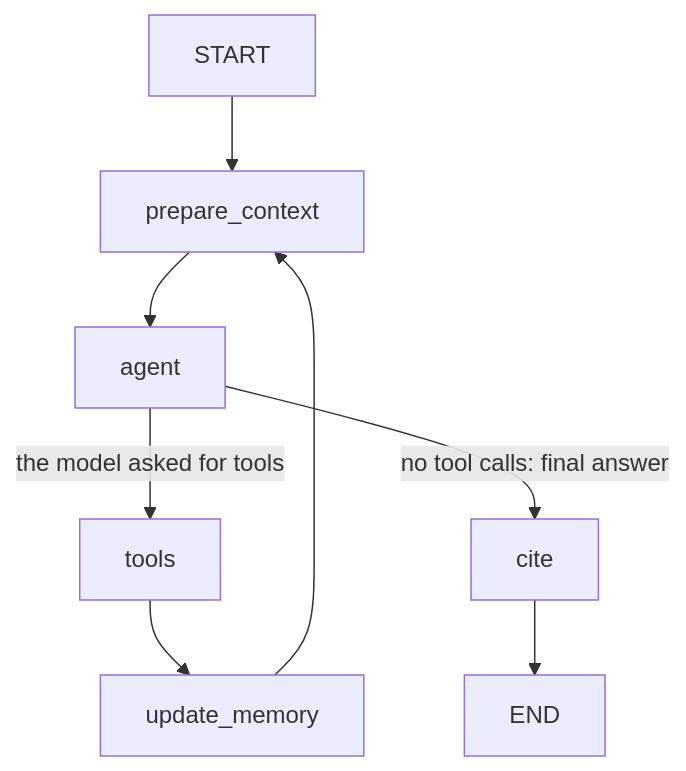
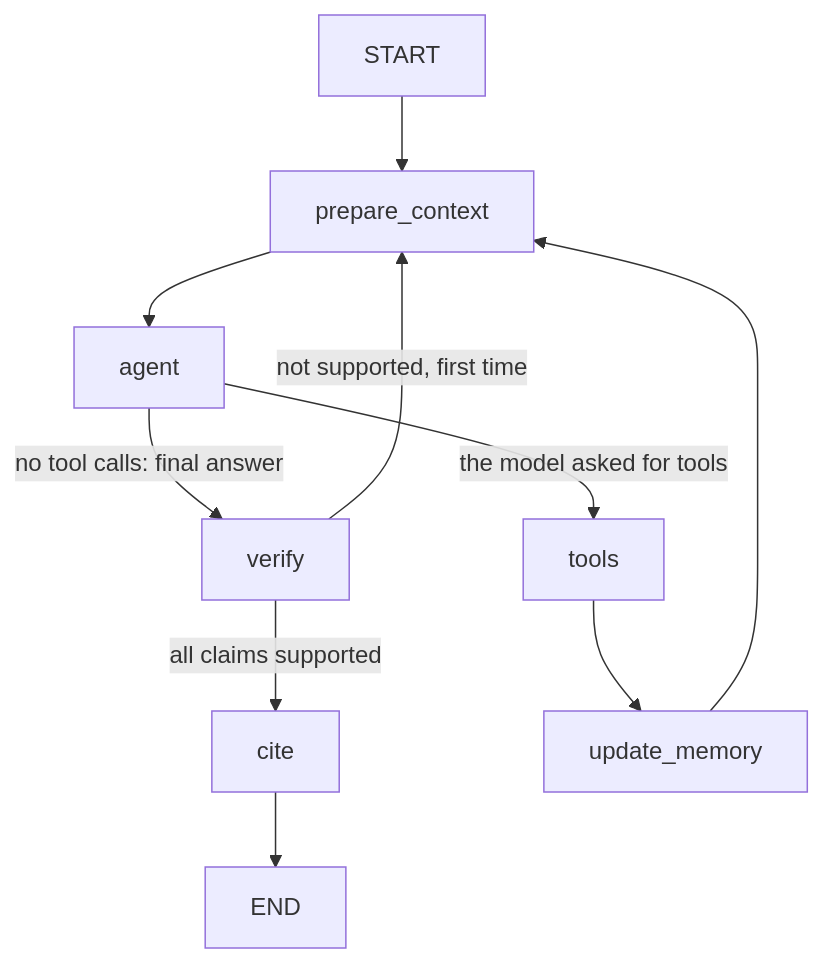
Before and after one commit to Oenarion/EO_agent: the diagram in README.md, drawn with Mermaid. The commit also changed other lines of this file and 24 other files, not shown here.

````diff
--- a/README.md
+++ b/README.md
@@ -101,10 +115,12 @@
 ```mermaid
 flowchart TD
     START --> prepare_context
     prepare_context --> agent
     agent -->|the model asked for tools| tools
-    agent -->|no tool calls: final answer| cite
+    agent -->|no tool calls: final answer| verify
+    verify -->|all claims supported| cite
+    verify -->|not supported, first time| prepare_context
     cite --> END
     tools --> update_memory
     update_memory --> prepare_context
 ```
````
